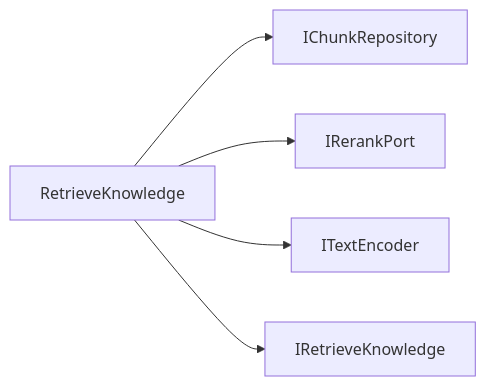
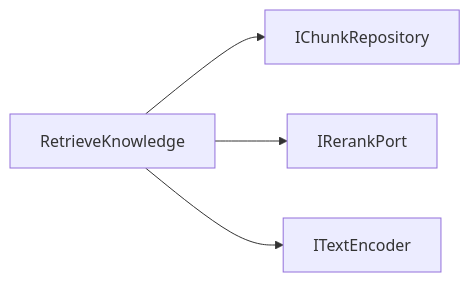
Before and after one commit to JulienRobberechts/argos: the tenth of 12 diagrams in backend/docs/ports-dependencies.md, drawn with Mermaid. The commit also changed other lines of this file, not shown here.

````diff
--- a/backend/docs/ports-dependencies.md
+++ b/backend/docs/ports-dependencies.md
@@ -75,7 +99,6 @@
 ```mermaid
 graph LR
   RetrieveKnowledge --> IChunkRepository
   RetrieveKnowledge --> IRerankPort
   RetrieveKnowledge --> ITextEncoder
-  RetrieveKnowledge --> IRetrieveKnowledge
 ```
````
